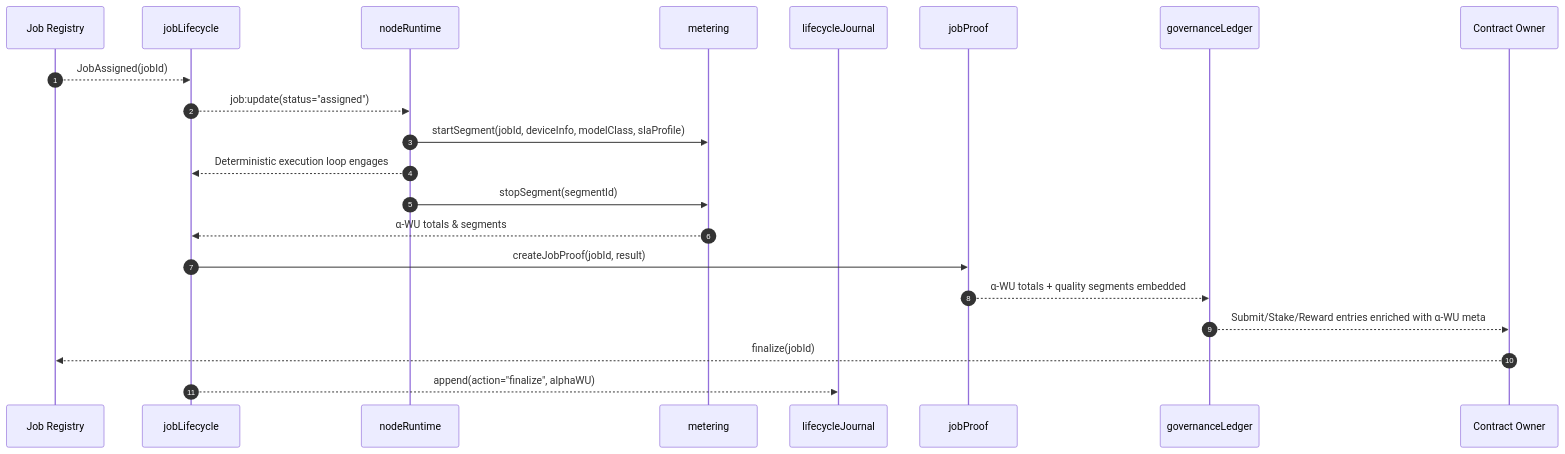
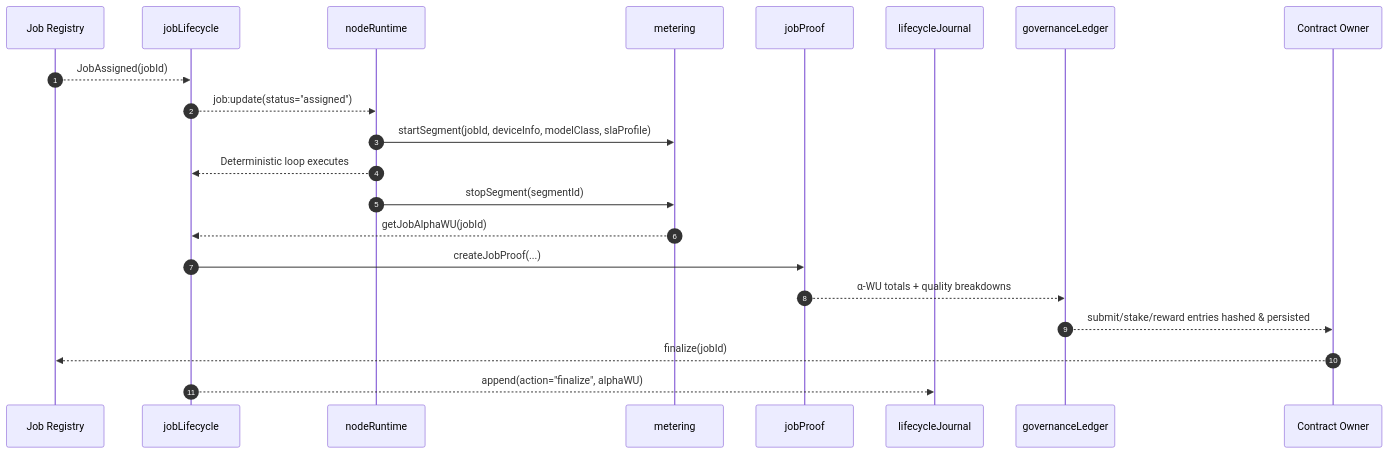
One commit to MontrealAI/AGI-Alpha-Node-v0 changed the second of 5 diagrams in README.md. Above: the diagram before and after it, drawn with Mermaid. The commit also changed other lines of this file and 4 other files, not shown here.

````diff
--- a/README.md
+++ b/README.md
@@ -105,24 +108,24 @@
 ```mermaid
 sequenceDiagram
   autonumber
   participant Registry as Job Registry
   participant Lifecycle as jobLifecycle
   participant Runtime as nodeRuntime
   participant Meter as metering
+  participant Proof as jobProof
   participant Journal as lifecycleJournal
-  participant Proof as jobProof
-  participant Ledger as governanceLedger
+  participant GovLedger as governanceLedger
   participant Owner as Contract Owner
 
   Registry-->>Lifecycle: JobAssigned(jobId)
   Lifecycle-->>Runtime: job:update(status="assigned")
   Runtime->>Meter: startSegment(jobId, deviceInfo, modelClass, slaProfile)
-  Runtime-->>Lifecycle: Deterministic execution loop engages
+  Runtime-->>Lifecycle: Deterministic loop executes
   Runtime->>Meter: stopSegment(segmentId)
-  Meter-->>Lifecycle: α-WU totals & segments
-  Lifecycle->>Proof: createJobProof(jobId, result)
-  Proof-->>Ledger: α-WU totals + quality segments embedded
-  Ledger-->>Owner: Submit/Stake/Reward entries enriched with α-WU meta
+  Meter-->>Lifecycle: getJobAlphaWU(jobId)
+  Lifecycle->>Proof: createJobProof(...)
+  Proof-->>GovLedger: α-WU totals + quality breakdowns
+  GovLedger-->>Owner: submit/stake/reward entries hashed & persisted
   Owner-->>Registry: finalize(jobId)
   Lifecycle-->>Journal: append(action="finalize", alphaWU)
 ```
````
